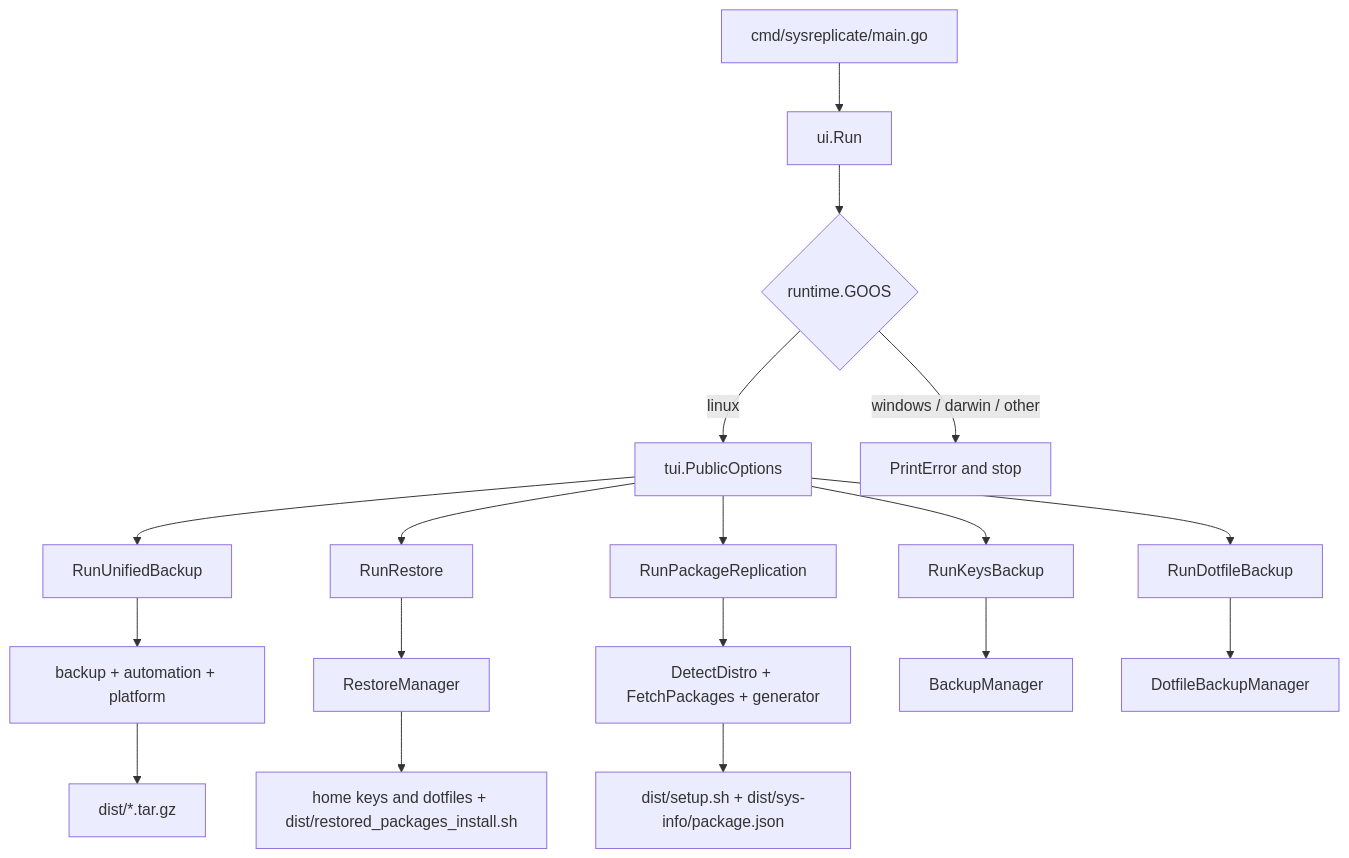
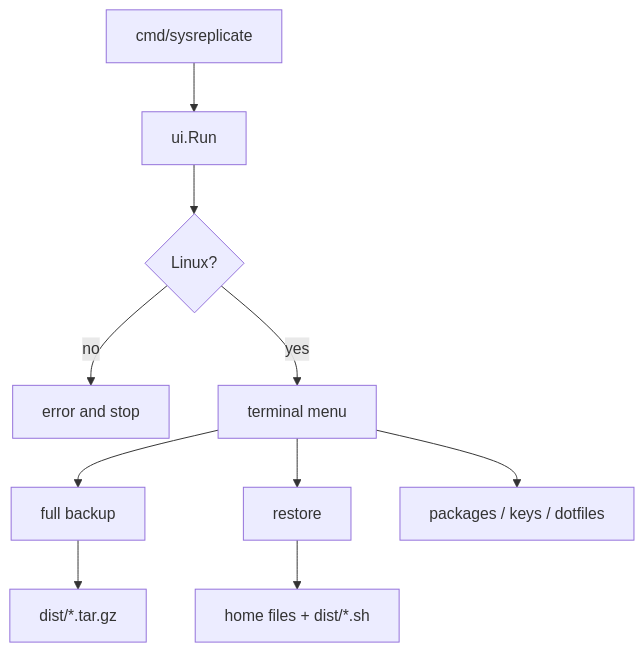
Before and after one commit to mdgspace/sysreplicate: the diagram in README.md, drawn with Mermaid. The commit also changed other lines of this file, not shown here.

````diff
--- a/README.md
+++ b/README.md
@@ -85,20 +125,12 @@
 ```mermaid
 flowchart TD
-  A[cmd/sysreplicate/main.go] --> B[ui.Run]
-  B --> C{runtime.GOOS}
-  C -->|linux| D[tui.PublicOptions]
-  C -->|windows / darwin / other| E[PrintError and stop]
-  D --> F1[RunUnifiedBackup]
-  D --> F2[RunRestore]
-  D --> F3[RunPackageReplication]
-  D --> F4[RunKeysBackup]
-  D --> F5[RunDotfileBackup]
-  F1 --> G[backup + automation + platform]
-  F2 --> H[RestoreManager]
-  F3 --> I[DetectDistro + FetchPackages + generator]
-  F4 --> J[BackupManager]
-  F5 --> K[DotfileBackupManager]
-  G --> L[dist/*.tar.gz]
-  H --> M[home keys and dotfiles + dist/restored_packages_install.sh]
-  I --> N[dist/setup.sh + dist/sys-info/package.json]
+  A[cmd/sysreplicate] --> B[ui.Run]
+  B --> C{Linux?}
+  C -->|no| E[error and stop]
+  C -->|yes| D[terminal menu]
+  D --> F1[full backup]
+  D --> F2[restore]
+  D --> F3[packages / keys / dotfiles]
+  F1 --> G[dist/*.tar.gz]
+  F2 --> H["home files + dist/*.sh"]
 ```
````
